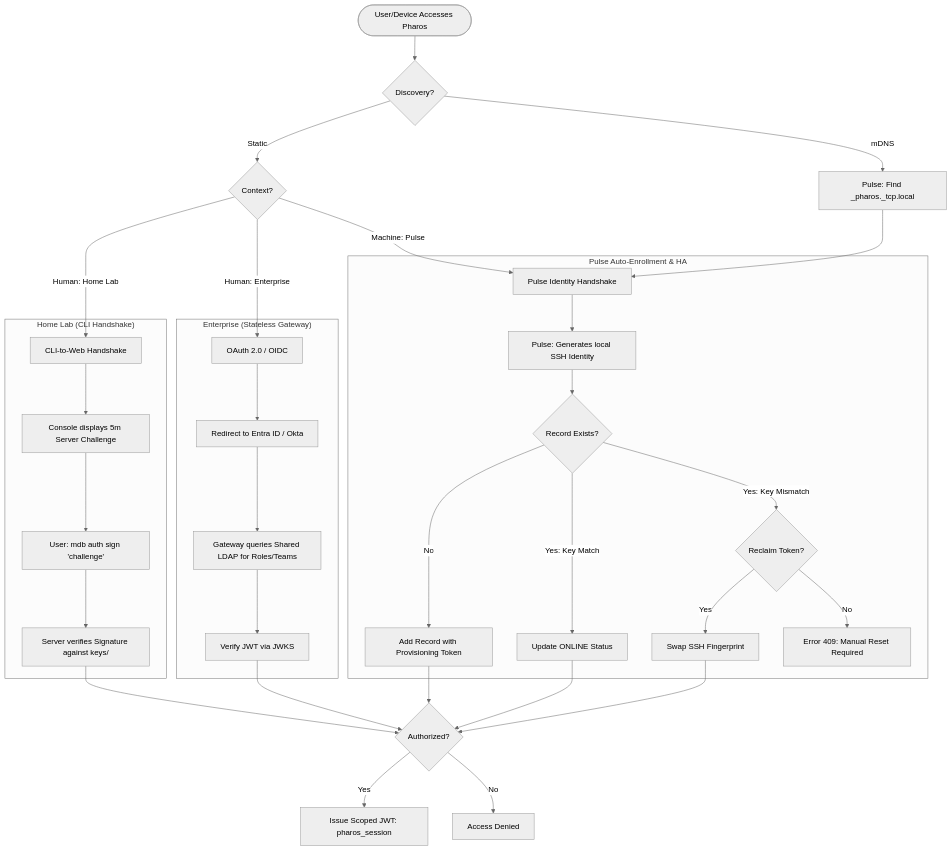
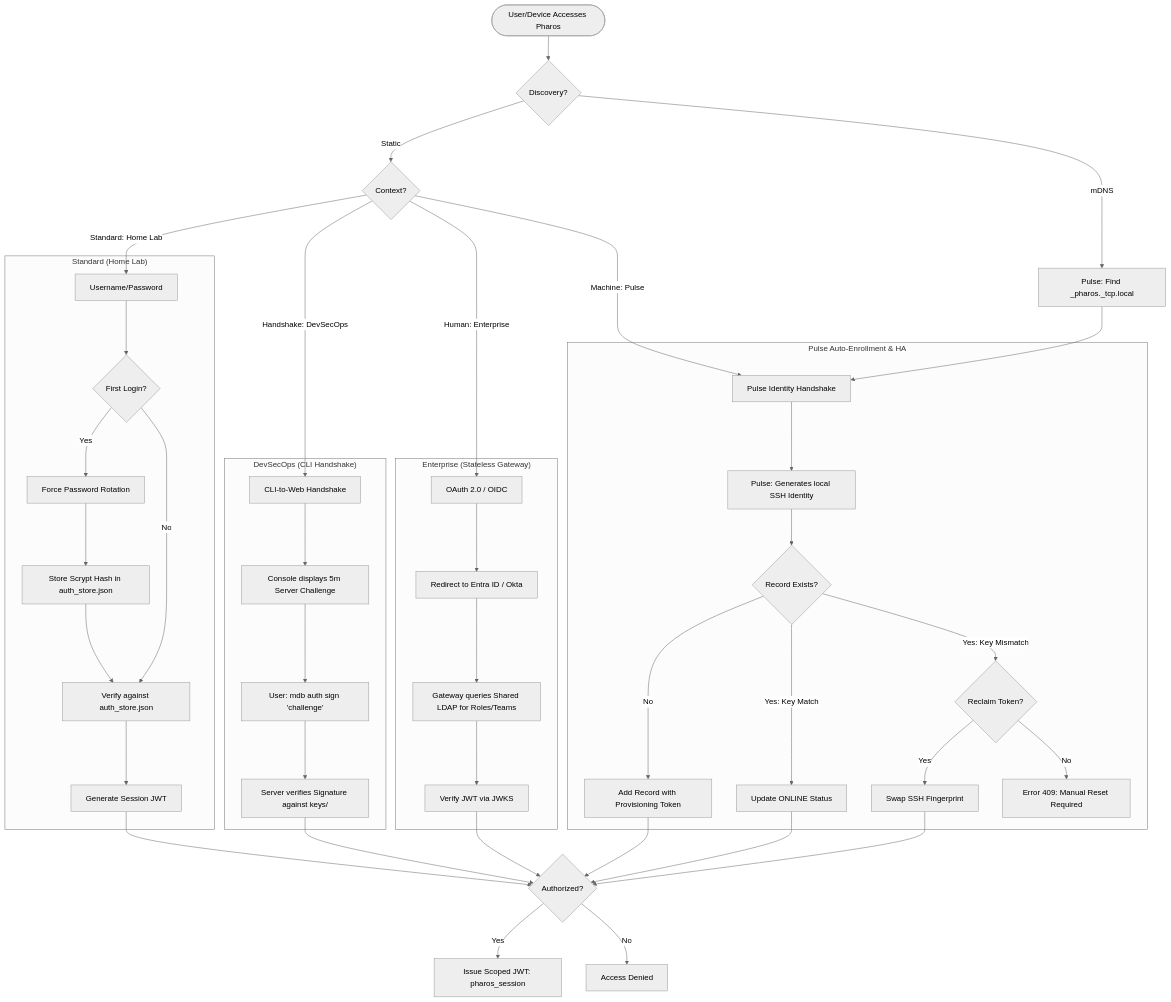
The diagram in artifacts/pharos-auth-decision-tree.md (iamrichardD/pharos), drawn with Mermaid (neutral theme) before and after one commit. The commit also changed other lines of this file and 12 other files, not shown here.

First line of the commit message:
feat(web): implement mandatory password rotation for home lab (Task 16.15)

````diff
--- a/artifacts/pharos-auth-decision-tree.md
+++ b/artifacts/pharos-auth-decision-tree.md
@@ -24,43 +24,54 @@
 ```mermaid
 flowchart TD
     Start([User/Device Accesses Pharos]) --> Discovery{Discovery?}
     
     Discovery -->|Static| Posture{Context?}
     Discovery -->|mDNS| PulseDiscovery[Pulse: Find _pharos._tcp.local]
     PulseDiscovery --> PulseAuth
     
-    Posture -->|Human: Home Lab| Handshake[CLI-to-Web Handshake]
+    Posture -->|Standard: Home Lab| Standard[Username/Password]
+    Posture -->|Handshake: DevSecOps| Handshake[CLI-to-Web Handshake]
     Posture -->|Human: Enterprise| OIDC[OAuth 2.0 / OIDC]
     Posture -->|Machine: Pulse| PulseAuth[Pulse Identity Handshake]
 
-    subgraph HomeLab ["Home Lab (CLI Handshake)"]
+    subgraph HomeLab ["Standard (Home Lab)"]
+        Standard --> CheckFirst{First Login?}
+        CheckFirst -->|Yes| Rotate[Force Password Rotation]
+        Rotate --> SaveHash[Store Scrypt Hash in auth_store.json]
+        CheckFirst -->|No| VerifyPass[Verify against auth_store.json]
+        SaveHash --> VerifyPass
+        VerifyPass --> VerifyStandard[Generate Session JWT]
+    end
+
+    subgraph DevSecOps ["DevSecOps (CLI Handshake)"]
         Handshake --> Challenge[Console displays 5m Server Challenge]
         Challenge --> Sign[User: mdb auth sign 'challenge']
         Sign --> VerifyHome[Server verifies Signature against keys/]
     end
 
     subgraph Enterprise ["Enterprise (Stateless Gateway)"]
         OIDC --> IdP[Redirect to Entra ID / Okta]
         IdP --> LDAP[Gateway queries Shared LDAP for Roles/Teams]
         LDAP --> VerifyEnt[Verify JWT via JWKS]
     end
 
     subgraph Pulse ["Pulse Auto-Enrollment & HA"]
         PulseAuth --> KeyGen[Pulse: Generates local SSH Identity]
         KeyGen --> CheckExist{Record Exists?}
         CheckExist -->|No| Provision[Add Record with Provisioning Token]
         CheckExist -->|Yes: Key Match| Online[Update ONLINE Status]
         CheckExist -->|Yes: Key Mismatch| Reclaim{Reclaim Token?}
         Reclaim -->|Yes| UpdateKey[Swap SSH Fingerprint]
         Reclaim -->|No| Conflict[Error 409: Manual Reset Required]
     end
 
-    VerifyHome --> Success{Authorized?}
+    VerifyStandard --> Success{Authorized?}
+    VerifyHome --> Success
     VerifyEnt --> Success
     Online --> Success
     UpdateKey --> Success
     Provision --> Success
 
     Success -->|Yes| Session[Issue Scoped JWT: pharos_session]
     Success -->|No| Denied[Access Denied]
 ```
````
